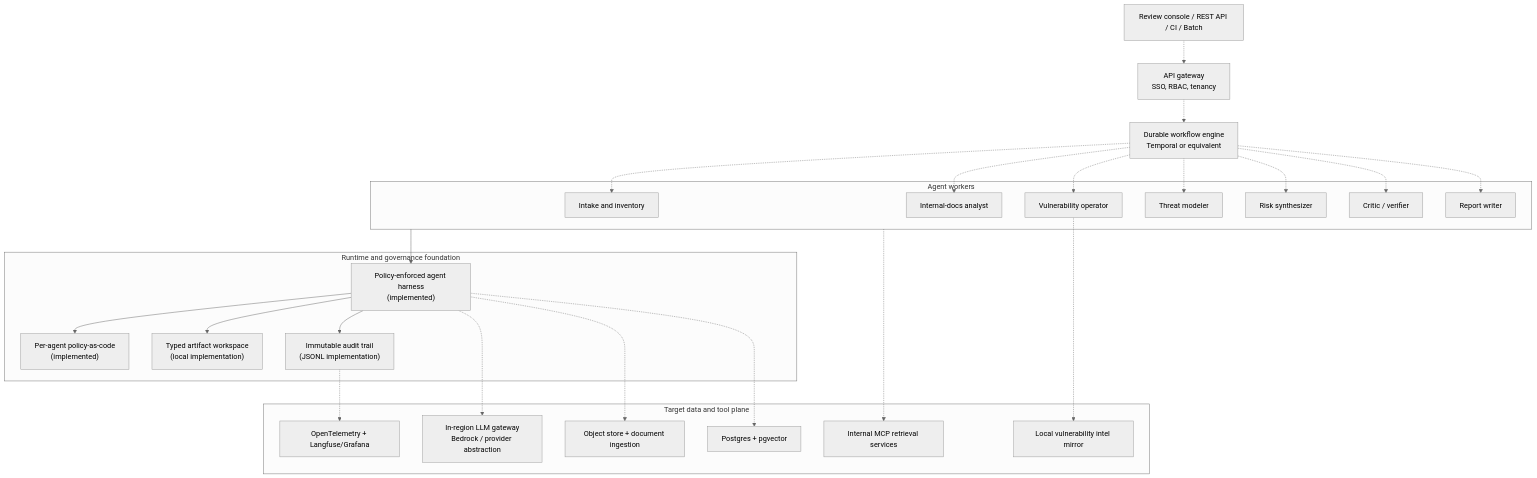
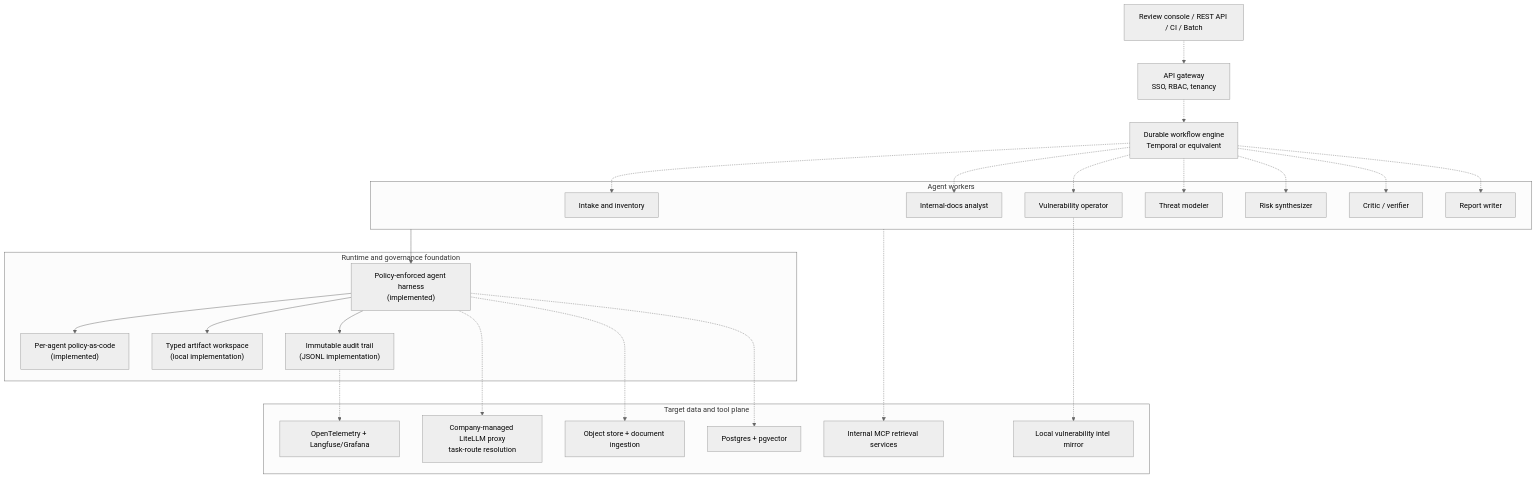
One commit to baylitoo/risk-assess changed the second of 2 diagrams in README.md. Above: the diagram before and after it, drawn with Mermaid (neutral theme). The commit also changed other lines of this file and 10 other files, not shown here.

Commit message:
Refactor gateway to route-based structured generation contract

````diff
--- a/README.md
+++ b/README.md
@@ -100,55 +100,55 @@
 ```mermaid
 flowchart TB
     Clients["Review console / REST API / CI / Batch"]
     Gateway["API gateway<br/>SSO, RBAC, tenancy"]
     Temporal["Durable workflow engine<br/>Temporal or equivalent"]
 
     Clients -.-> Gateway
     Gateway -.-> Temporal
 
     subgraph Workers["Agent workers"]
         IntakeAgent["Intake and inventory"]
         DocsAgent["Internal-docs analyst"]
         VulnAgent["Vulnerability operator"]
         ThreatAgent["Threat modeler"]
         SynthAgent["Risk synthesizer"]
         CriticAgent["Critic / verifier"]
         ReportAgent["Report writer"]
     end
 
     Temporal -.-> IntakeAgent
     Temporal -.-> DocsAgent
     Temporal -.-> VulnAgent
     Temporal -.-> ThreatAgent
     Temporal -.-> SynthAgent
     Temporal -.-> CriticAgent
     Temporal -.-> ReportAgent
 
     subgraph Controls["Runtime and governance foundation"]
         AgentHarness["Policy-enforced agent harness<br/>(implemented)"]
         PolicyCode["Per-agent policy-as-code<br/>(implemented)"]
         ArtifactStore["Typed artifact workspace<br/>(local implementation)"]
         AuditStore["Immutable audit trail<br/>(JSONL implementation)"]
     end
 
     Workers --> AgentHarness
     AgentHarness --> PolicyCode
     AgentHarness --> ArtifactStore
     AgentHarness --> AuditStore
 
     subgraph DataPlane["Target data and tool plane"]
-        LLM["In-region LLM gateway<br/>Bedrock / provider abstraction"]
+        LLM["Company-managed LiteLLM proxy<br/>task-route resolution"]
         Docs["Object store + document ingestion"]
         Postgres["Postgres + pgvector"]
         Mirror["Local vulnerability intel mirror"]
         MCP["Internal MCP retrieval services"]
         Observability["OpenTelemetry + Langfuse/Grafana"]
     end
 
     AgentHarness -.-> LLM
     AgentHarness -.-> Docs
     AgentHarness -.-> Postgres
     VulnAgent -.-> Mirror
     Workers -.-> MCP
     AuditStore -.-> Observability
 ```
````
